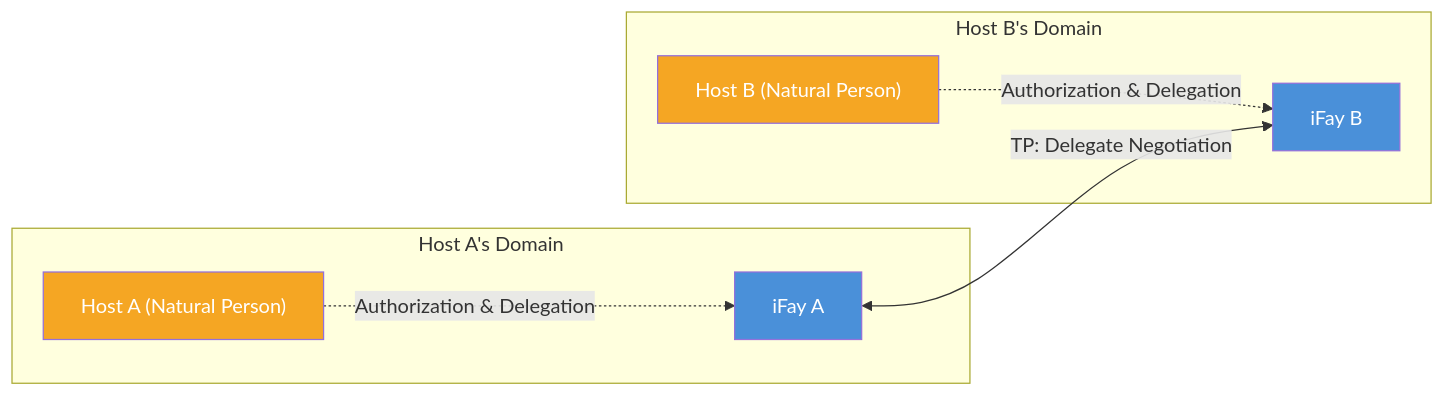
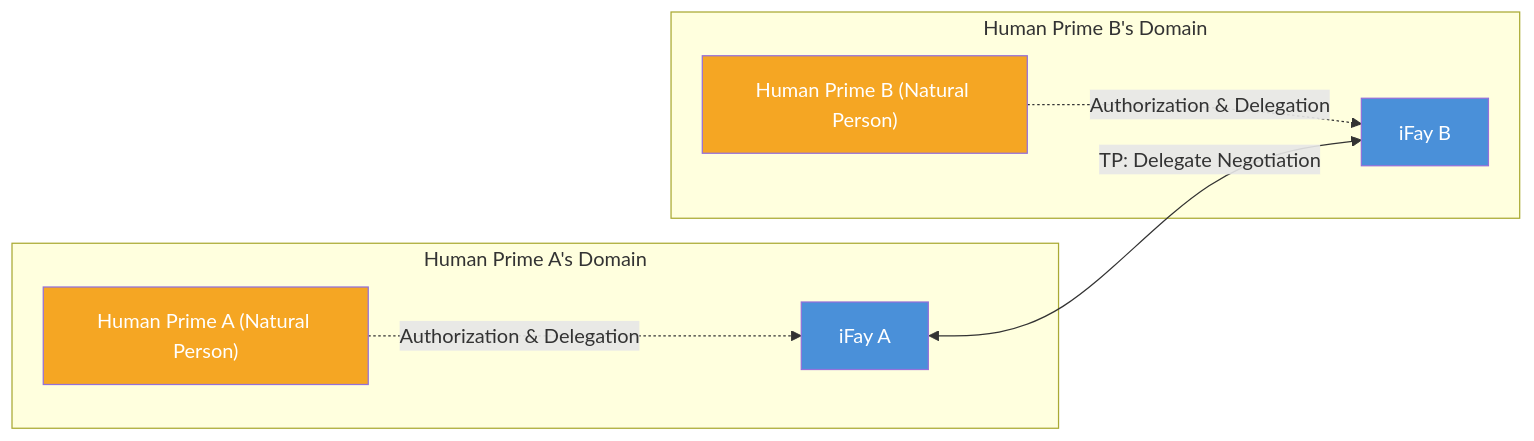
One commit to ChainModePilot/Telepathy-Protocol changed the second of 2 diagrams in docs/en/blueprint/1-why-tp-is-needed.md. Above: the diagram before and after it, drawn with Mermaid. The commit also changed other lines of this file and 68 other files, not shown here.

First line of the commit message:
Use 'Human Prime' instead of 'Host' in blueprints

````diff
--- a/docs/en/blueprint/1-why-tp-is-needed.md
+++ b/docs/en/blueprint/1-why-tp-is-needed.md
@@ -76,21 +76,21 @@
 ```mermaid
 graph LR
-    subgraph "Host A's Domain"
-        HA["Host A (Natural Person)"]
+    subgraph "Human Prime A's Domain"
+        HA["Human Prime A (Natural Person)"]
         FA["iFay A"]
         HA -.->|"Authorization & Delegation"| FA
     end
 
-    subgraph "Host B's Domain"
-        HB["Host B (Natural Person)"]
+    subgraph "Human Prime B's Domain"
+        HB["Human Prime B (Natural Person)"]
         FB["iFay B"]
         HB -.->|"Authorization & Delegation"| FB
     end
 
     FA <-->|"TP: Delegate Negotiation"| FB
 
     style FA fill:#4A90D9,color:#fff
     style FB fill:#4A90D9,color:#fff
     style HA fill:#F5A623,color:#fff
     style HB fill:#F5A623,color:#fff
 ```
````
